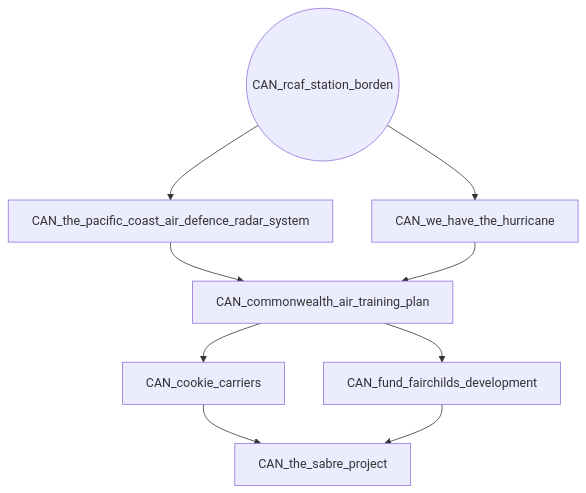
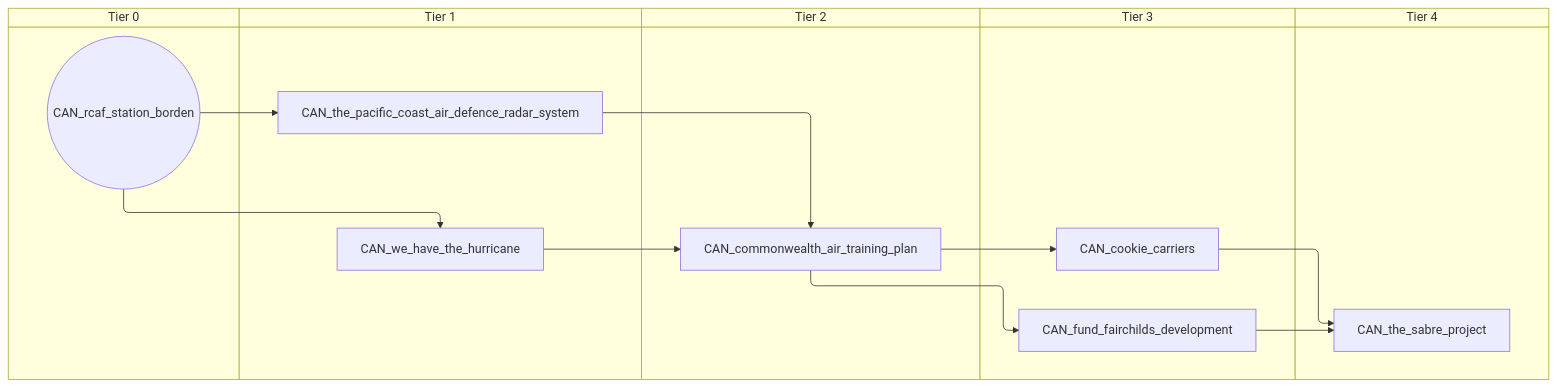
The sixth of 9 diagrams in docs/gdd/National Focuses/canada.md (evgeny-sobol/hoi4-sandbox-mode), drawn with Mermaid before and after one commit. The commit also changed other lines of this file and 80 other files, not shown here.

First line of the commit message:
Add swimlane mode to focus graph exporter

````diff
--- a/docs/gdd/National Focuses/canada.md
+++ b/docs/gdd/National Focuses/canada.md
@@ -292,18 +354,28 @@
 ```mermaid
-flowchart TD
-    n88["CAN_commonwealth_air_training_plan"]
-    n89["CAN_cookie_carriers"]
-    n90["CAN_fund_fairchilds_development"]
-    n91(("CAN_rcaf_station_borden"))
-    n92["CAN_the_pacific_coast_air_defence_radar_system"]
-    n93["CAN_the_sabre_project"]
-    n94["CAN_we_have_the_hurricane"]
-    n92 --> n88
-    n94 --> n88
+swimlane-beta TD
+    subgraph tier_0["Tier 0"]
+        n88(("CAN_rcaf_station_borden"))
+    end
+    subgraph tier_1["Tier 1"]
+        n89["CAN_the_pacific_coast_air_defence_radar_system"]
+        n90["CAN_we_have_the_hurricane"]
+    end
+    subgraph tier_2["Tier 2"]
+        n91["CAN_commonwealth_air_training_plan"]
+    end
+    subgraph tier_3["Tier 3"]
+        n92["CAN_cookie_carriers"]
+        n93["CAN_fund_fairchilds_development"]
+    end
+    subgraph tier_4["Tier 4"]
+        n94["CAN_the_sabre_project"]
+    end
+    n89 --> n91
+    n90 --> n91
+    n91 --> n92
+    n91 --> n93
     n88 --> n89
+    n92 --> n94
+    n93 --> n94
     n88 --> n90
-    n91 --> n92
-    n89 --> n93
-    n90 --> n93
-    n91 --> n94
 ```
````
